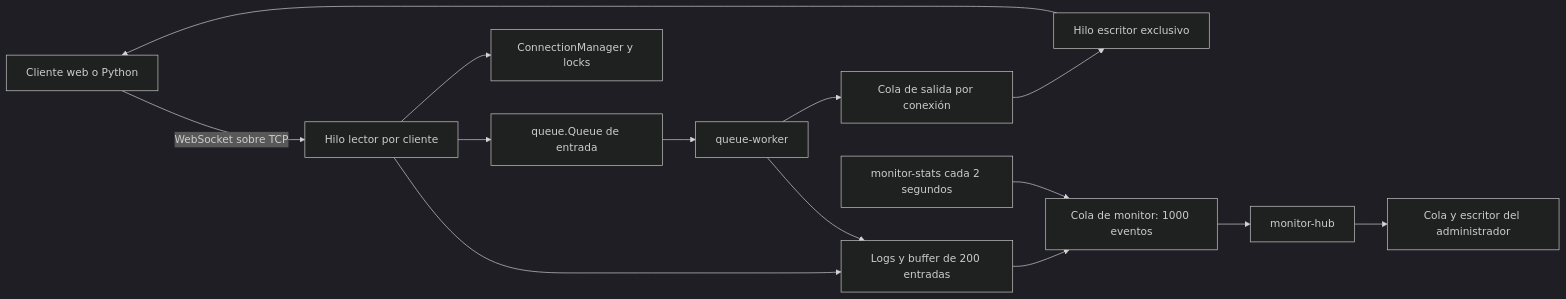
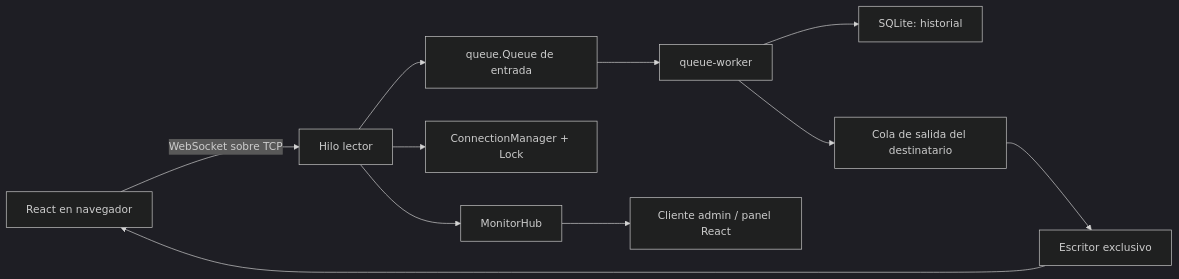
The diagram in README.md (Neko3gp/Sistema-de-Chat-Multicliente-Con-procesamiento-concurrente), drawn with Mermaid (dark theme) before and after one commit. The commit also changed other lines of this file and 14 other files, not shown here.

Commit message:
feat: completar administracion e historial del chat

````diff
--- a/README.md
+++ b/README.md
@@ -24,16 +29,13 @@
 ```mermaid
 flowchart LR
-    Cliente[Cliente web o Python] -->|WebSocket sobre TCP| Lector[Hilo lector por cliente]
-    Lector --> Entrada[queue.Queue de entrada]
-    Entrada --> Worker[queue-worker]
-    Worker --> Salida[Cola de salida por conexión]
-    Salida --> Escritor[Hilo escritor exclusivo]
-    Escritor --> Cliente
-    Lector --> Registro[ConnectionManager y locks]
-    Lector --> Log[Logs y buffer de 200 entradas]
-    Worker --> Log
-    Log --> Eventos[Cola de monitor: 1000 eventos]
-    Eventos --> Hub[monitor-hub]
-    Stats[monitor-stats cada 2 segundos] --> Eventos
-    Hub --> Admin[Cola y escritor del administrador]
+    Browser[React en navegador] -->|WebSocket sobre TCP| Reader[Hilo lector]
+    Reader --> Input[queue.Queue de entrada]
+    Input --> Worker[queue-worker]
+    Worker --> History[SQLite: historial]
+    Worker --> Outgoing[Cola de salida del destinatario]
+    Outgoing --> Writer[Escritor exclusivo]
+    Writer --> Browser
+    Reader --> Sessions[ConnectionManager + Lock]
+    Reader --> Monitor[MonitorHub]
+    Monitor --> Admin[Cliente admin / panel React]
 ```
````
